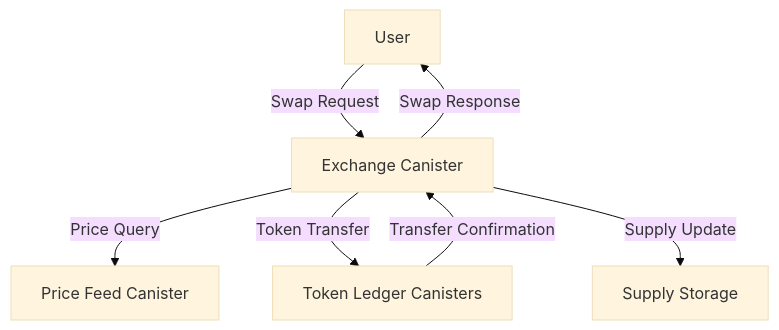
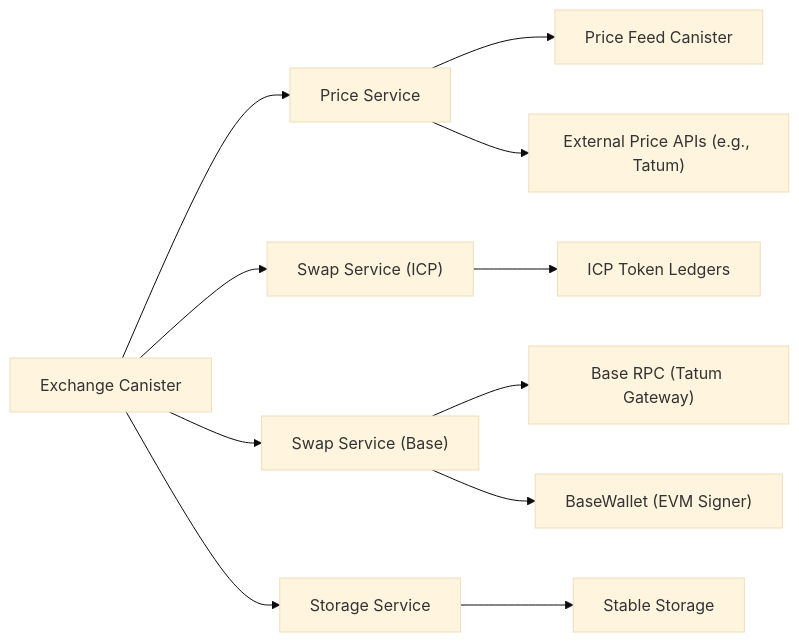
The first of 5 diagrams in icp_canisters/buy_bt10/mainnet_buy_bit10/README.md (ZeyaRabani/BIT10), drawn with Mermaid (base theme) before and after one commit. The commit also changed other lines of this file and 42 other files, not shown here.

````diff
--- a/icp_canisters/buy_bt10/mainnet_buy_bit10/README.md
+++ b/icp_canisters/buy_bt10/mainnet_buy_bit10/README.md
@@ -13,9 +13,13 @@
 ```mermaid
-graph TD
-    A[User] -->|Swap Request| B[Exchange Canister]
-    B -->|Price Query| C[Price Feed Canister]
-    B -->|Token Transfer| D[Token Ledger Canisters]
-    B -->|Supply Update| E[Supply Storage]
-    D -->|Transfer Confirmation| B
-    B -->|Swap Response| A
+graph LR
+    A[Exchange Canister] --> B[Price Service]
+    A --> C["Swap Service (ICP)"]
+    A --> D["Swap Service (Base)"]
+    A --> E[Storage Service]
+    B --> F[Price Feed Canister]
+    B --> G["External Price APIs (e.g., Tatum)"]
+    C --> H[ICP Token Ledgers]
+    D --> I["Base RPC (Tatum Gateway)"]
+    D --> J["BaseWallet (EVM Signer)"]
+    E --> K[Stable Storage]
 ```
````
